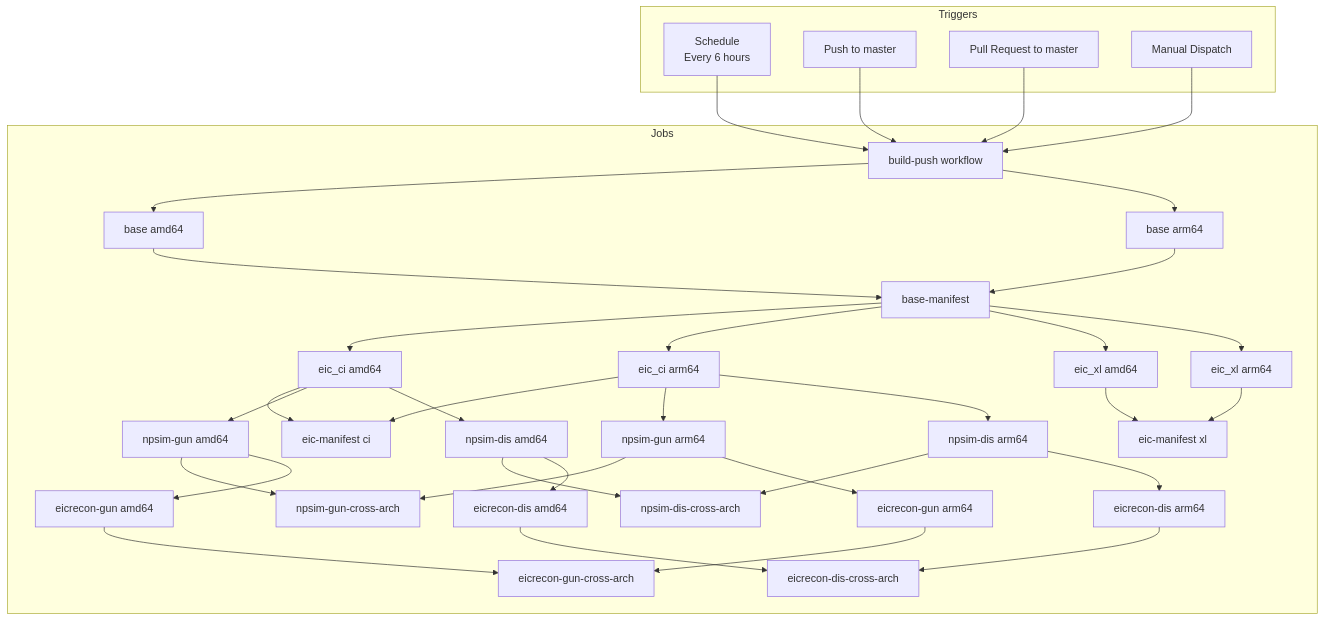
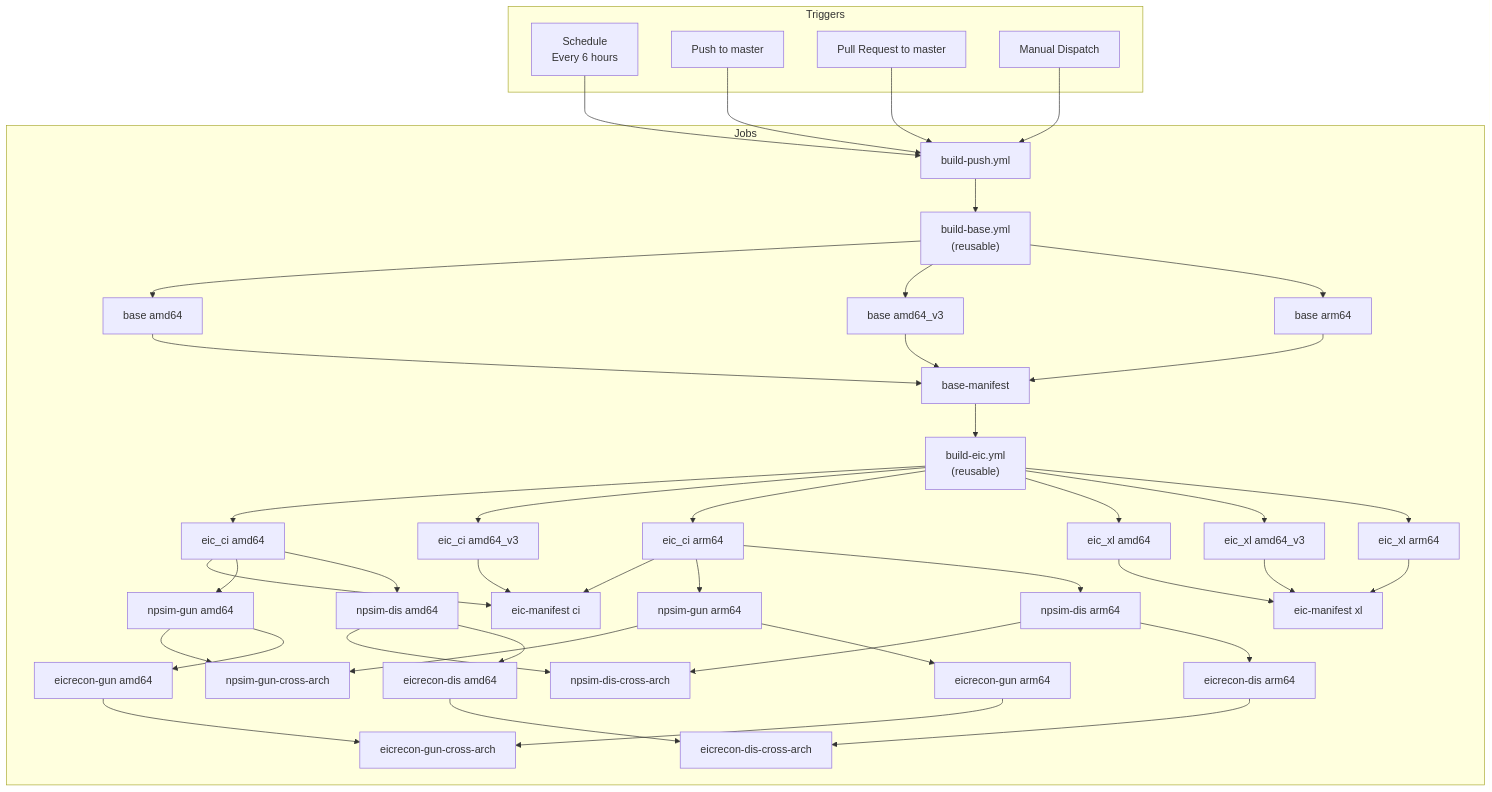
The first of 4 diagrams in docs/build-pipeline.md (eic/containers), drawn with Mermaid before and after one commit. The commit also changed other lines of this file and 3 other files, not shown here.

````diff
--- a/docs/build-pipeline.md
+++ b/docs/build-pipeline.md
@@ -7,40 +16,45 @@
 ```mermaid
 flowchart TB
     subgraph "Triggers"
         T1[Schedule<br/>Every 6 hours]
         T2[Push to master]
         T3[Pull Request to master]
         T4[Manual Dispatch]
     end
 
-    T1 & T2 & T3 & T4 --> W[build-push workflow]
+    T1 & T2 & T3 & T4 --> W[build-push.yml]
 
     subgraph "Jobs"
-        W --> B1[base amd64]
-        W --> B2[base arm64]
-        B1 & B2 --> BM[base-manifest]
-        BM --> E1[eic_ci amd64]
-        BM --> E2[eic_ci arm64]
-        BM --> E3[eic_xl amd64]
-        BM --> E4[eic_xl arm64]
-        E1 & E2 --> EM1[eic-manifest ci]
-        E3 & E4 --> EM2[eic-manifest xl]
+        W --> RB["build-base.yml<br/>(reusable)"]
+        RB --> B1[base amd64]
+        RB --> B0[base amd64_v3]
+        RB --> B2[base arm64]
+        B1 & B0 & B2 --> BM[base-manifest]
+        BM --> RE["build-eic.yml<br/>(reusable)"]
+        RE --> E1[eic_ci amd64]
+        RE --> E0[eic_ci amd64_v3]
+        RE --> E2[eic_ci arm64]
+        RE --> E3[eic_xl amd64]
+        RE --> E5[eic_xl amd64_v3]
+        RE --> E4[eic_xl arm64]
+        E1 & E0 & E2 --> EM1[eic-manifest ci]
+        E3 & E5 & E4 --> EM2[eic-manifest xl]
 
         %% Parallel smoke test execution
         E1 --> N1[npsim-gun amd64]
         E2 --> N2[npsim-gun arm64]
         E1 --> D1[npsim-dis amd64]
         E2 --> D2[npsim-dis arm64]
 
         N1 & N2 --> NC[npsim-gun-cross-arch]
         D1 & D2 --> DC[npsim-dis-cross-arch]
 
         N1 --> R1[eicrecon-gun amd64]
         N2 --> R2[eicrecon-gun arm64]
         D1 --> RD1[eicrecon-dis amd64]
         D2 --> RD2[eicrecon-dis arm64]
 
         R1 & R2 --> RC[eicrecon-gun-cross-arch]
         RD1 & RD2 --> RDC[eicrecon-dis-cross-arch]
     end
 ```
````
